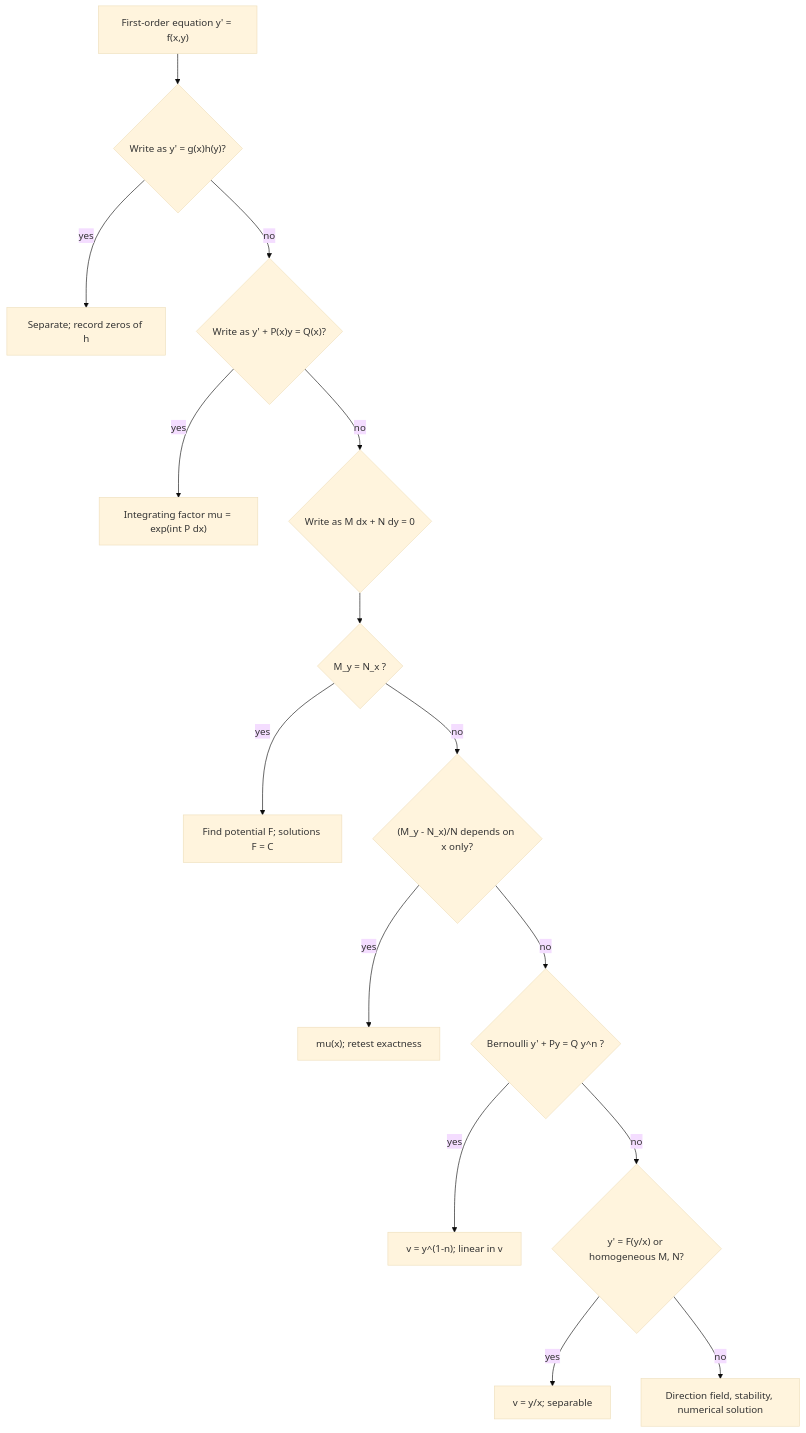
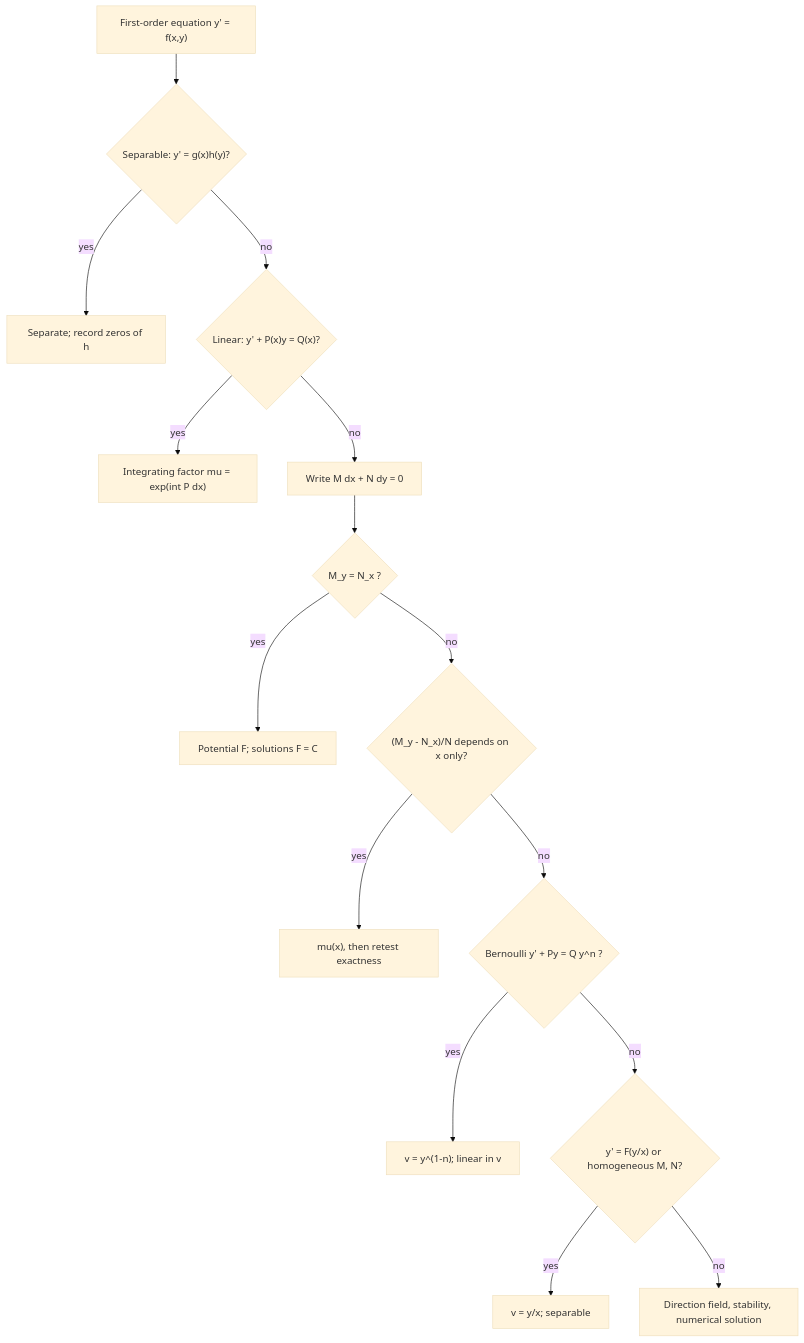
One commit to metodiev/Mathematics changed the first of 2 diagrams in 16-differential-equations/01-first-order-odes/README.md. Above: the diagram before and after it, drawn with Mermaid (base theme). The commit also changed other lines of this file and 324 other files, not shown here.

````diff
--- a/16-differential-equations/01-first-order-odes/README.md
+++ b/16-differential-equations/01-first-order-odes/README.md
@@ -1174,18 +615,18 @@
 ```mermaid
 flowchart TD
     A["First-order equation y' = f(x,y)"]
-    A --> B{"Write as y' = g(x)h(y)?"}
+    A --> B{"Separable: y' = g(x)h(y)?"}
     B -- yes --> B1["Separate; record zeros of h"]
-    B -- no --> C{"Write as y' + P(x)y = Q(x)?"}
+    B -- no --> C{"Linear: y' + P(x)y = Q(x)?"}
     C -- yes --> C1["Integrating factor mu = exp(int P dx)"]
-    C -- no --> D{"Write as M dx + N dy = 0"}
+    C -- no --> D["Write M dx + N dy = 0"]
     D --> D1{"M_y = N_x ?"}
-    D1 -- yes --> D2["Find potential F; solutions F = C"]
+    D1 -- yes --> D2["Potential F; solutions F = C"]
     D1 -- no --> D3{"(M_y - N_x)/N depends on x only?"}
-    D3 -- yes --> D4["mu(x); retest exactness"]
+    D3 -- yes --> D4["mu(x), then retest exactness"]
     D3 -- no --> E{"Bernoulli y' + Py = Q y^n ?"}
     E -- yes --> E1["v = y^(1-n); linear in v"]
     E -- no --> F{"y' = F(y/x) or homogeneous M, N?"}
     F -- yes --> F1["v = y/x; separable"]
     F -- no --> G["Direction field, stability, numerical solution"]
 ```
````
